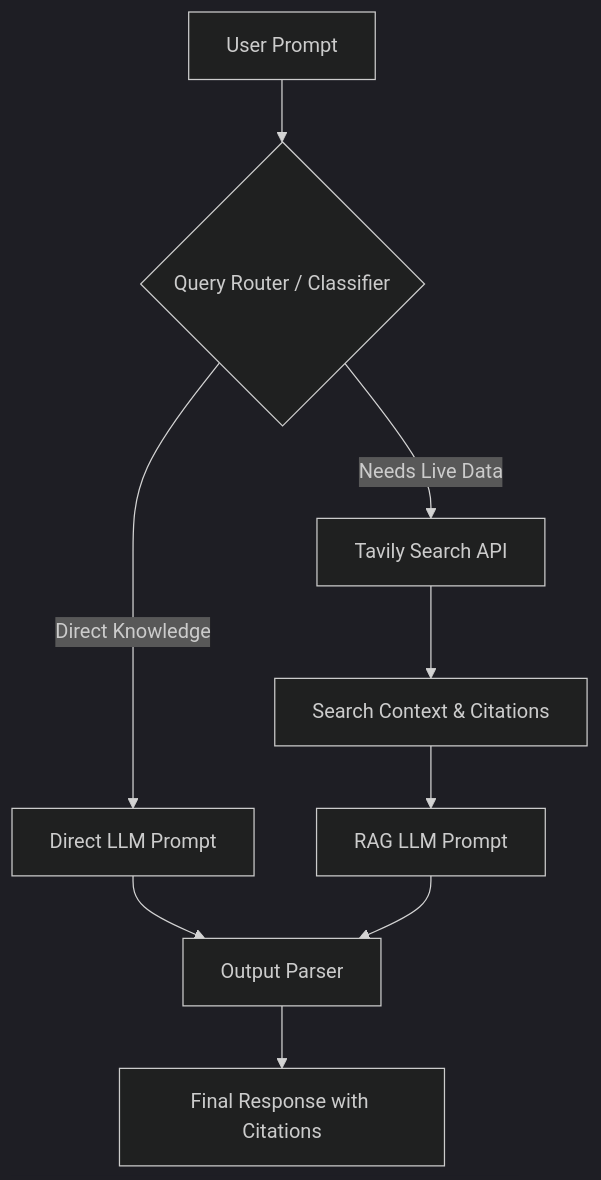
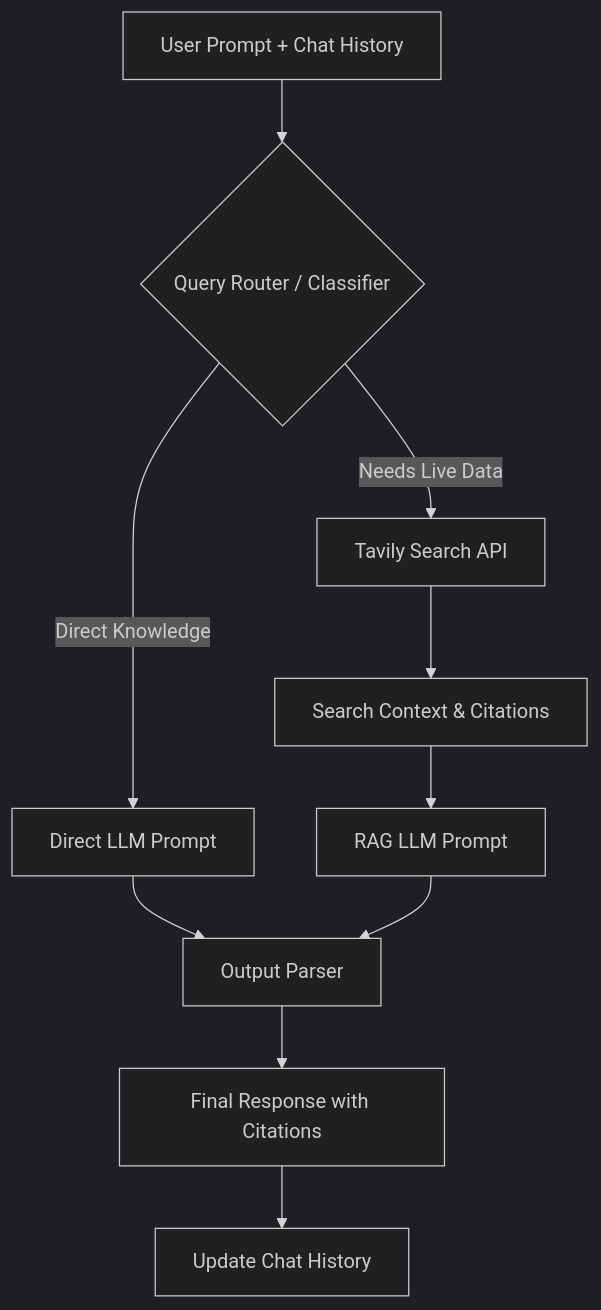
One commit to Abhinand-PV/RAG-pipeline-with-live-web-search changed the diagram in README.md. Above: the diagram before and after it, drawn with Mermaid (dark theme). The commit also changed other lines of this file, not shown here.

````diff
--- a/README.md
+++ b/README.md
@@ -29,11 +29,12 @@
 ```mermaid
 graph TD
-    A[User Prompt] --> B{Query Router / Classifier}
+    A[User Prompt + Chat History] --> B{Query Router / Classifier}
     B -- Direct Knowledge --> C[Direct LLM Prompt]
     B -- Needs Live Data --> D[Tavily Search API]
     D --> E[Search Context & Citations]
     E --> F[RAG LLM Prompt]
     C --> G[Output Parser]
     F --> G[Output Parser]
     G --> H[Final Response with Citations]
+    H --> I[Update Chat History]
 ```
````
